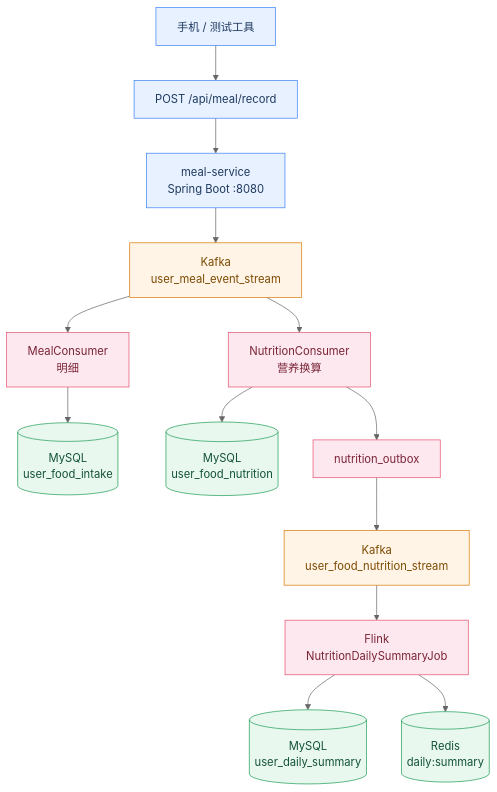
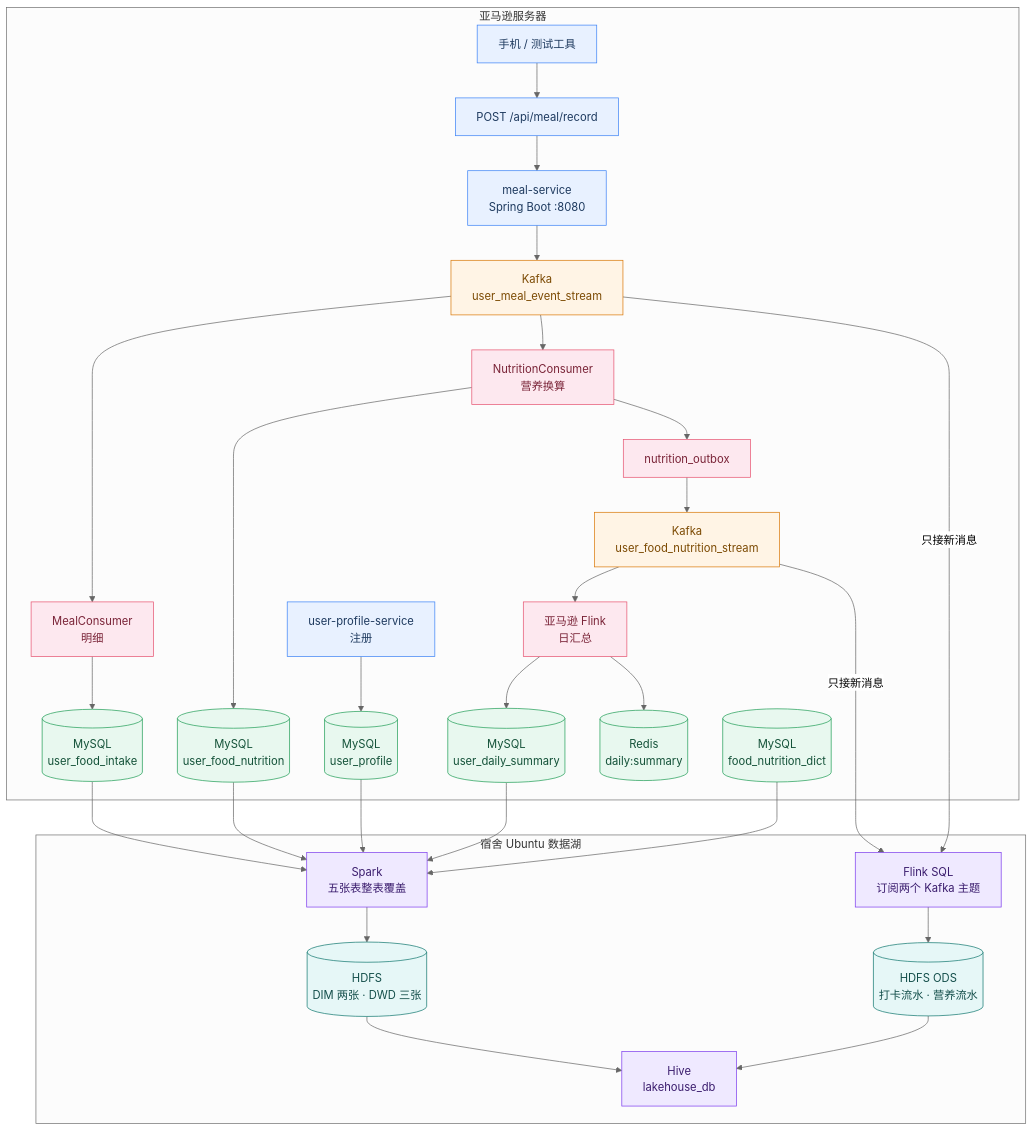
One commit to LEE-star-sudo/diet-health-platform changed the diagram in README.zh-CN.md. Above: the diagram before and after it, drawn with Mermaid (neutral theme). The commit also changed 2 other files, not shown here.

Commit message:
Show the Ubuntu data lake on the architecture diagram.
Flink writes the two Kafka topics into ODS, and Spark copies the five MySQL tables onto HDFS for Hive.

````diff
--- a/README.zh-CN.md
+++ b/README.zh-CN.md
@@ -40,28 +40,53 @@
 ```mermaid
 flowchart TD
-    phone["手机 / 测试工具"] --> api["POST /api/meal/record"]
-    api --> meal["meal-service<br/>Spring Boot :8080"]
-    meal --> kafka["Kafka<br/>user_meal_event_stream"]
+    subgraph amazon["亚马逊服务器"]
+        phone["手机 / 测试工具"] --> api["POST /api/meal/record"]
+        api --> meal["meal-service<br/>Spring Boot :8080"]
+        meal --> kafka["Kafka<br/>user_meal_event_stream"]
+        kafka --> detail["MealConsumer<br/>明细"]
+        kafka --> convert["NutritionConsumer<br/>营养换算"]
+        detail --> intake[("MySQL<br/>user_food_intake")]
+        convert --> nutrition[("MySQL<br/>user_food_nutrition")]
+        convert --> outbox["nutrition_outbox"]
+        outbox --> kafka2["Kafka<br/>user_food_nutrition_stream"]
+        kafka2 --> flink["亚马逊 Flink<br/>日汇总"]
+        flink --> daily[("MySQL<br/>user_daily_summary")]
+        flink --> redis[("Redis<br/>daily:summary")]
+        register["user-profile-service<br/>注册"] --> profile[("MySQL<br/>user_profile")]
+        dict[("MySQL<br/>food_nutrition_dict")]
+    end
 
-    kafka --> detail["MealConsumer<br/>明细"]
-    kafka --> convert["NutritionConsumer<br/>营养换算"]
+    subgraph ubuntu["宿舍 Ubuntu 数据湖"]
+        lakeFlink["Flink SQL<br/>订阅两个 Kafka 主题"]
+        spark["Spark<br/>五张表整表覆盖"]
+        ods[("HDFS ODS<br/>打卡流水 · 营养流水")]
+        full[("HDFS<br/>DIM 两张 · DWD 三张")]
+        hive["Hive<br/>lakehouse_db"]
+        lakeFlink --> ods
+        spark --> full
+        ods --> hive
+        full --> hive
+    end
 
-    detail --> intake[("MySQL<br/>user_food_intake")]
-
-    convert --> nutrition[("MySQL<br/>user_food_nutrition")]
-    convert --> outbox["nutrition_outbox"]
-    outbox --> kafka2["Kafka<br/>user_food_nutrition_stream"]
-    kafka2 --> flink["Flink<br/>NutritionDailySummaryJob"]
-    flink --> daily[("MySQL<br/>user_daily_summary")]
-    flink --> redis[("Redis<br/>daily:summary")]
+    kafka -->|"只接新消息"| lakeFlink
+    kafka2 -->|"只接新消息"| lakeFlink
+    profile --> spark
+    dict --> spark
+    intake --> spark
+    nutrition --> spark
+    daily --> spark
 
     classDef entry fill:#e8f1ff,stroke:#3b82f6,color:#1e3a5f
     classDef queue fill:#fff4e5,stroke:#d97706,color:#7c4a03
     classDef calc fill:#fde8ef,stroke:#e6526f,color:#7a2438
     classDef store fill:#e8f8ef,stroke:#1f9d55,color:#145239
+    classDef lake fill:#efe9ff,stroke:#7c3aed,color:#3b1d6e
+    classDef hdfs fill:#e6f7f7,stroke:#0f766e,color:#134e4a
 
-    class phone,api,meal entry
+    class phone,api,meal,register entry
     class kafka,kafka2 queue
     class detail,convert,outbox,flink calc
-    class intake,nutrition,daily,redis store
+    class intake,nutrition,daily,redis,profile,dict store
+    class lakeFlink,spark,hive lake
+    class ods,full hdfs
 ```
````
